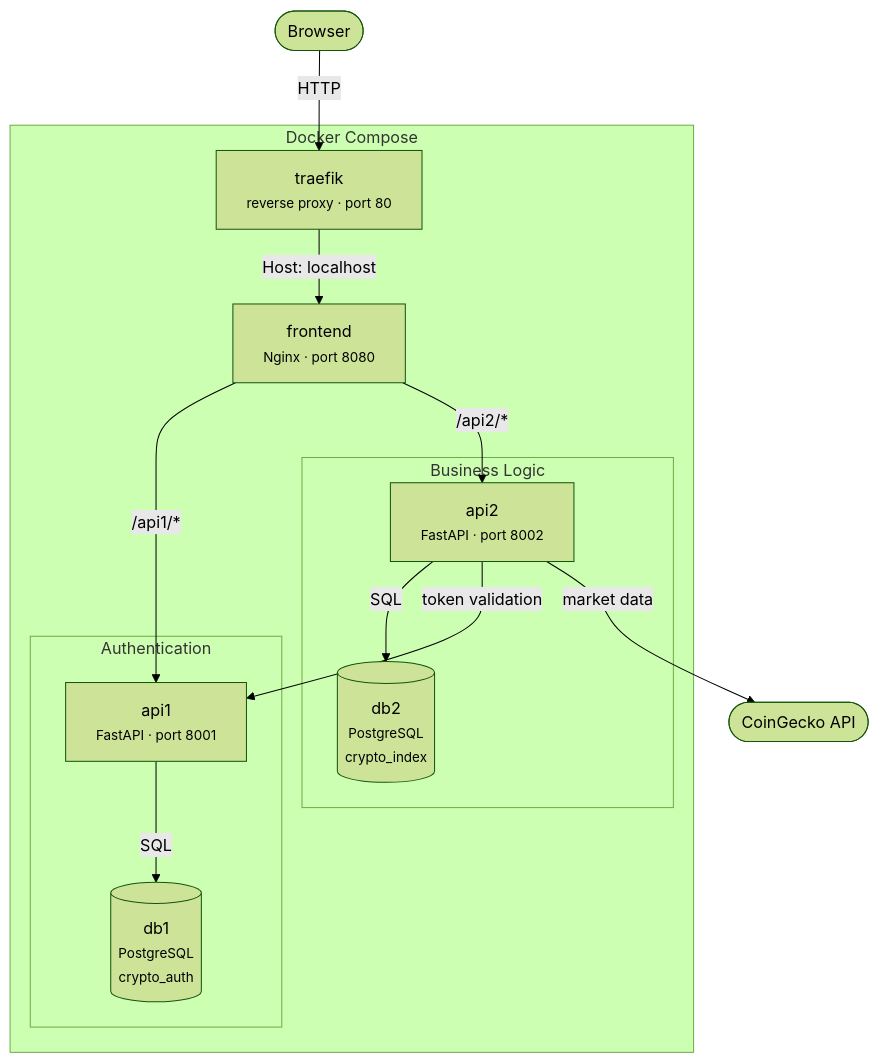
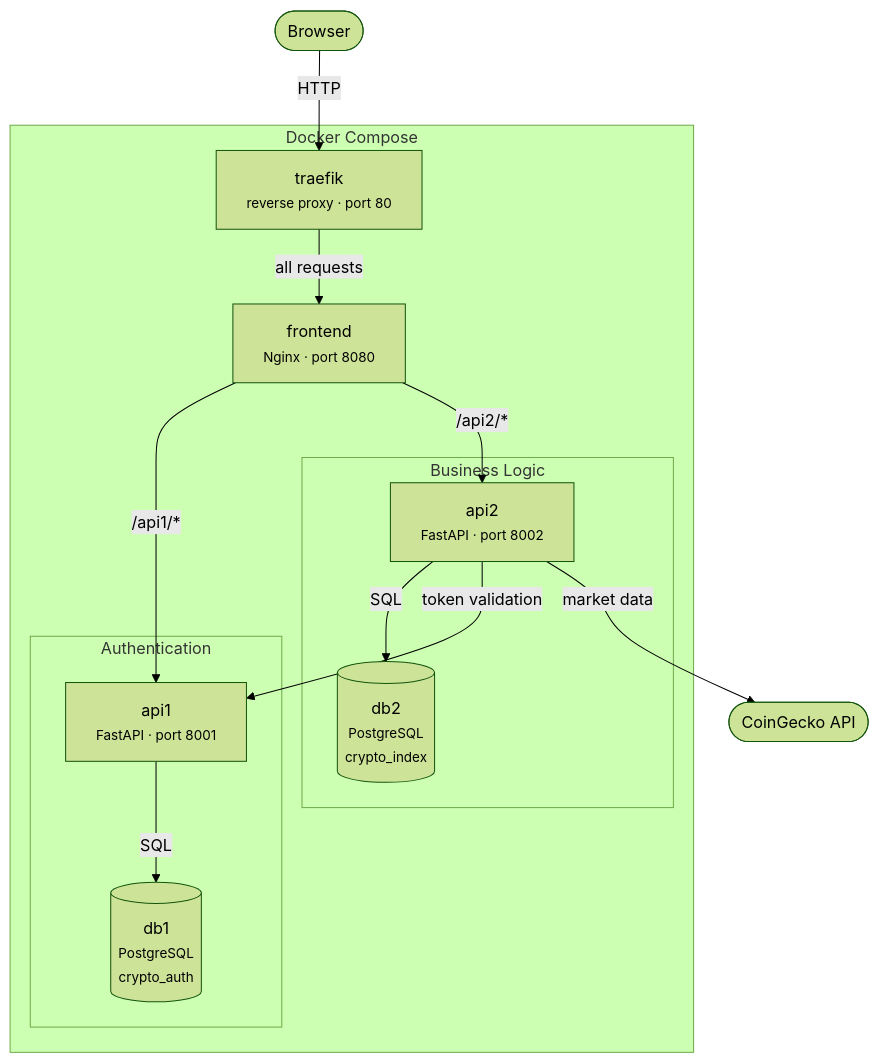
The diagram in README.md (Oradixx/CryptoIndexLab), drawn with Mermaid (forest theme) before and after one commit. The commit also changed other lines of this file and 4 other files, not shown here.

````diff
--- a/README.md
+++ b/README.md
@@ -34,30 +38,30 @@
 ```mermaid
 graph TB
     Browser([Browser])
 
     subgraph Docker Compose
         Traefik["traefik<br/><small>reverse proxy · port 80</small>"]
         Frontend["frontend<br/><small>Nginx · port 8080</small>"]
 
         subgraph Authentication
             API1["api1<br/><small>FastAPI · port 8001</small>"]
             DB1[("db1<br/><small>PostgreSQL<br/>crypto_auth</small>")]
         end
 
         subgraph Business Logic
             API2["api2<br/><small>FastAPI · port 8002</small>"]
             DB2[("db2<br/><small>PostgreSQL<br/>crypto_index</small>")]
         end
     end
 
     CoinGecko([CoinGecko API])
 
     Browser -->|HTTP| Traefik
-    Traefik -->|Host: localhost| Frontend
+    Traefik -->|all requests| Frontend
     Frontend -->|/api1/*| API1
     Frontend -->|/api2/*| API2
     API1 -->|SQL| DB1
     API2 -->|SQL| DB2
     API2 -->|token validation| API1
     API2 -->|market data| CoinGecko
 ```
````
